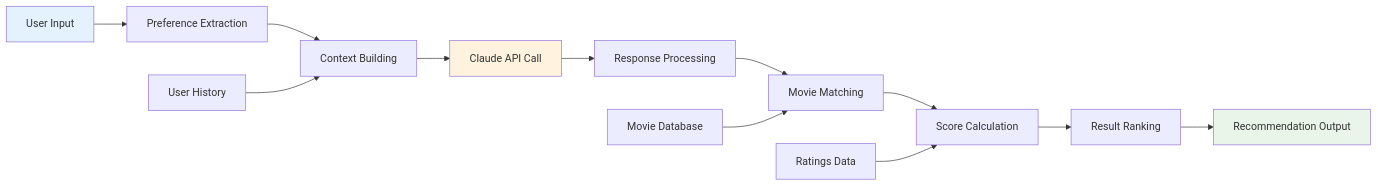
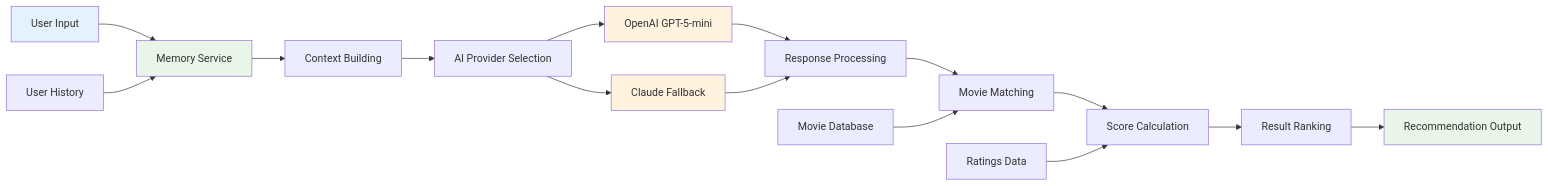
Before and after one commit to pmahajan3105/movieapp: the fourth of 13 diagrams in docs/ARCHITECTURE.md, drawn with Mermaid. The commit also changed other lines of this file and 54 other files, not shown here.

````diff
--- a/docs/ARCHITECTURE.md
+++ b/docs/ARCHITECTURE.md
@@ -97,19 +150,24 @@
 ```mermaid
 graph LR
-    A[User Input] --> B[Preference Extraction]
+    A[User Input] --> B[Memory Service]
     B --> C[Context Building]
-    C --> D[Claude API Call]
-    D --> E[Response Processing]
-    E --> F[Movie Matching]
-    F --> G[Score Calculation]
-    G --> H[Result Ranking]
-    H --> I[Recommendation Output]
+    C --> D[AI Provider Selection]
+    D --> E[OpenAI GPT-5-mini]
+    D --> F[Claude Fallback]
+    E --> G[Response Processing]
+    F --> G
+    G --> H[Movie Matching]
+    H --> I[Score Calculation]
+    I --> J[Result Ranking]
+    J --> K[Recommendation Output]
 
-    J[User History] --> C
-    K[Movie Database] --> F
-    L[Ratings Data] --> G
+    L[User History] --> B
+    M[Movie Database] --> H
+    N[Ratings Data] --> I
 
     style A fill:#e3f2fd
-    style D fill:#fff3e0
-    style I fill:#e8f5e8
+    style B fill:#e8f5e8
+    style E fill:#fff3e0
+    style F fill:#fff3e0
+    style K fill:#e8f5e8
 ```
````
